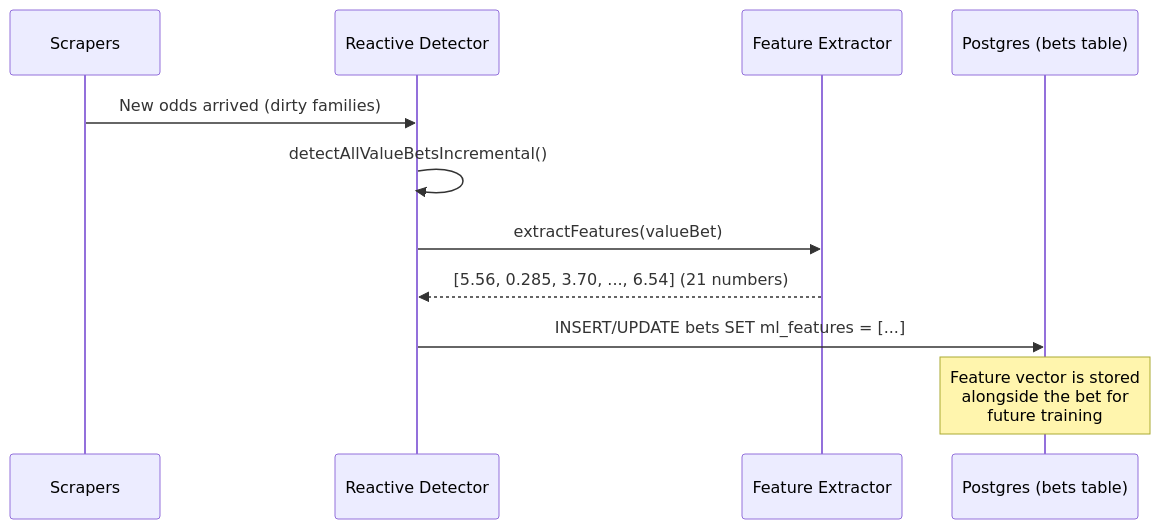
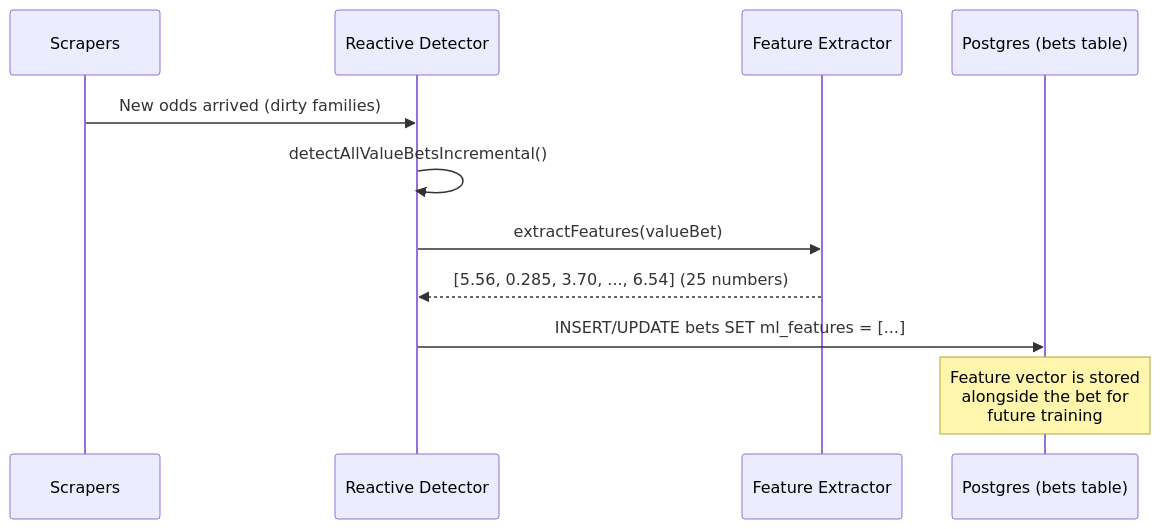
Before and after one commit to nahidhasan830/nahidArbX: the second of 8 diagrams in MLOptimisation.md, drawn with Mermaid. The commit also changed other lines of this file and 284 other files, not shown here.

````diff
--- a/MLOptimisation.md
+++ b/MLOptimisation.md
@@ -72,14 +72,14 @@
 ```mermaid
 sequenceDiagram
     participant S as Scrapers
     participant D as Reactive Detector
     participant F as Feature Extractor
     participant DB as Postgres (bets table)
 
     S->>D: New odds arrived (dirty families)
     D->>D: detectAllValueBetsIncremental()
     D->>F: extractFeatures(valueBet)
-    F-->>D: [5.56, 0.285, 3.70, ..., 6.54] (21 numbers)
+    F-->>D: [5.56, 0.285, 3.70, ..., 6.54] (25 numbers)
     D->>DB: INSERT/UPDATE bets SET ml_features = [...]
     Note over DB: Feature vector is stored<br/>alongside the bet for<br/>future training
 ```
````
